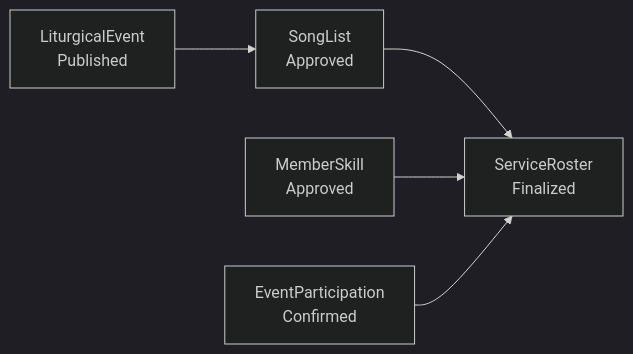
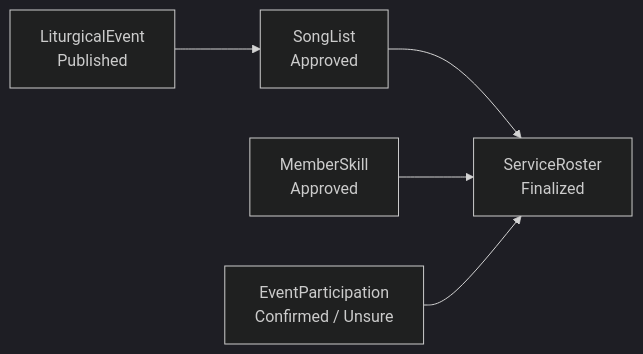
One commit to Harmonia-FA26SE066-GFA143/Harmonia-BE changed the seventh of 7 diagrams in doc/harmonia-state-diagram-guide.md. Above: the diagram before and after it, drawn with Mermaid (dark theme). The commit also changed other lines of this file and 35 other files, not shown here.

````diff
--- a/doc/harmonia-state-diagram-guide.md
+++ b/doc/harmonia-state-diagram-guide.md
@@ -251,7 +251,7 @@
 ```mermaid
 flowchart LR
     E[LiturgicalEvent<br/>Published] --> S[SongList<br/>Approved]
     S --> R[ServiceRoster<br/>Finalized]
     K[MemberSkill<br/>Approved] --> R
-    P[EventParticipation<br/>Confirmed] --> R
+    P[EventParticipation<br/>Confirmed / Unsure] --> R
 ```
````
